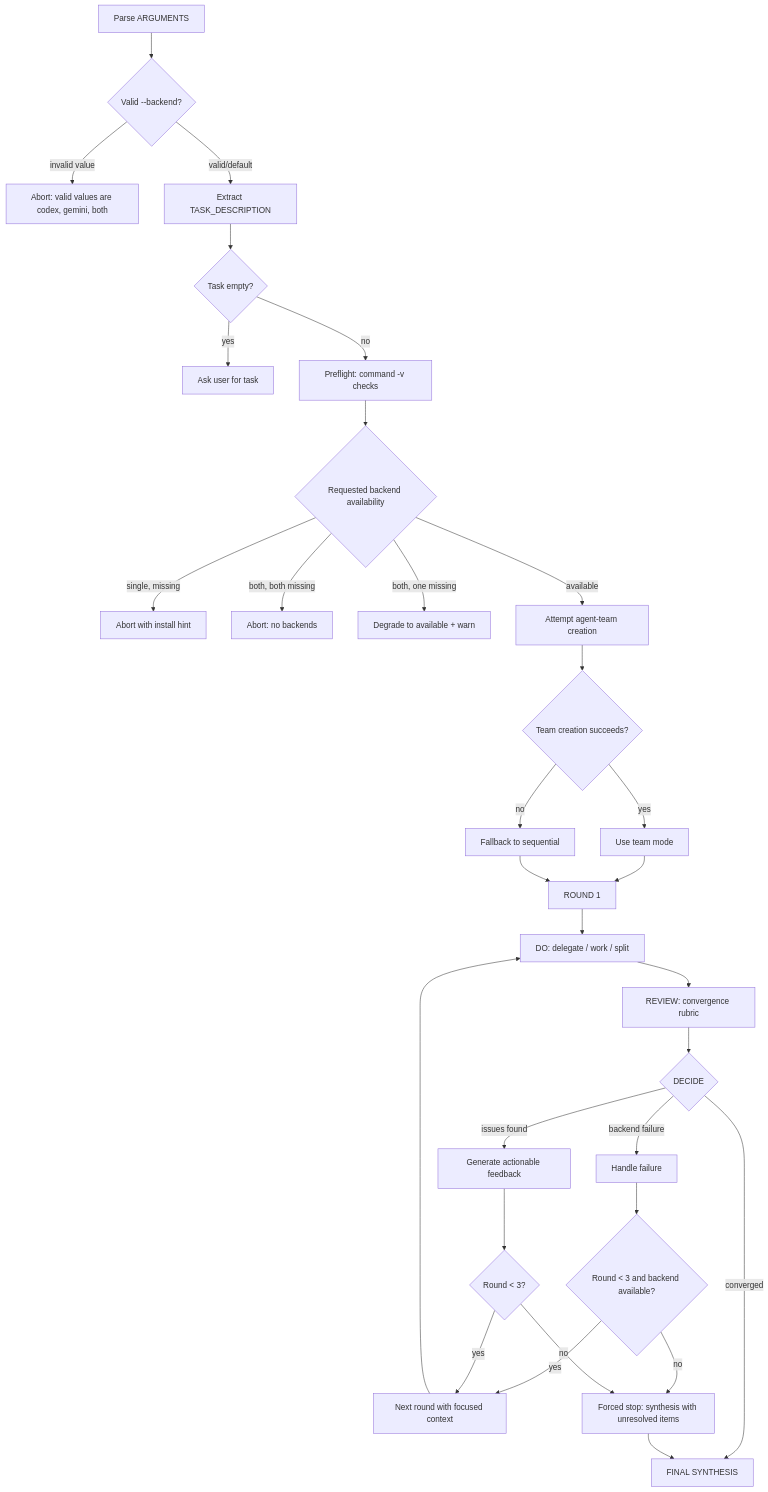
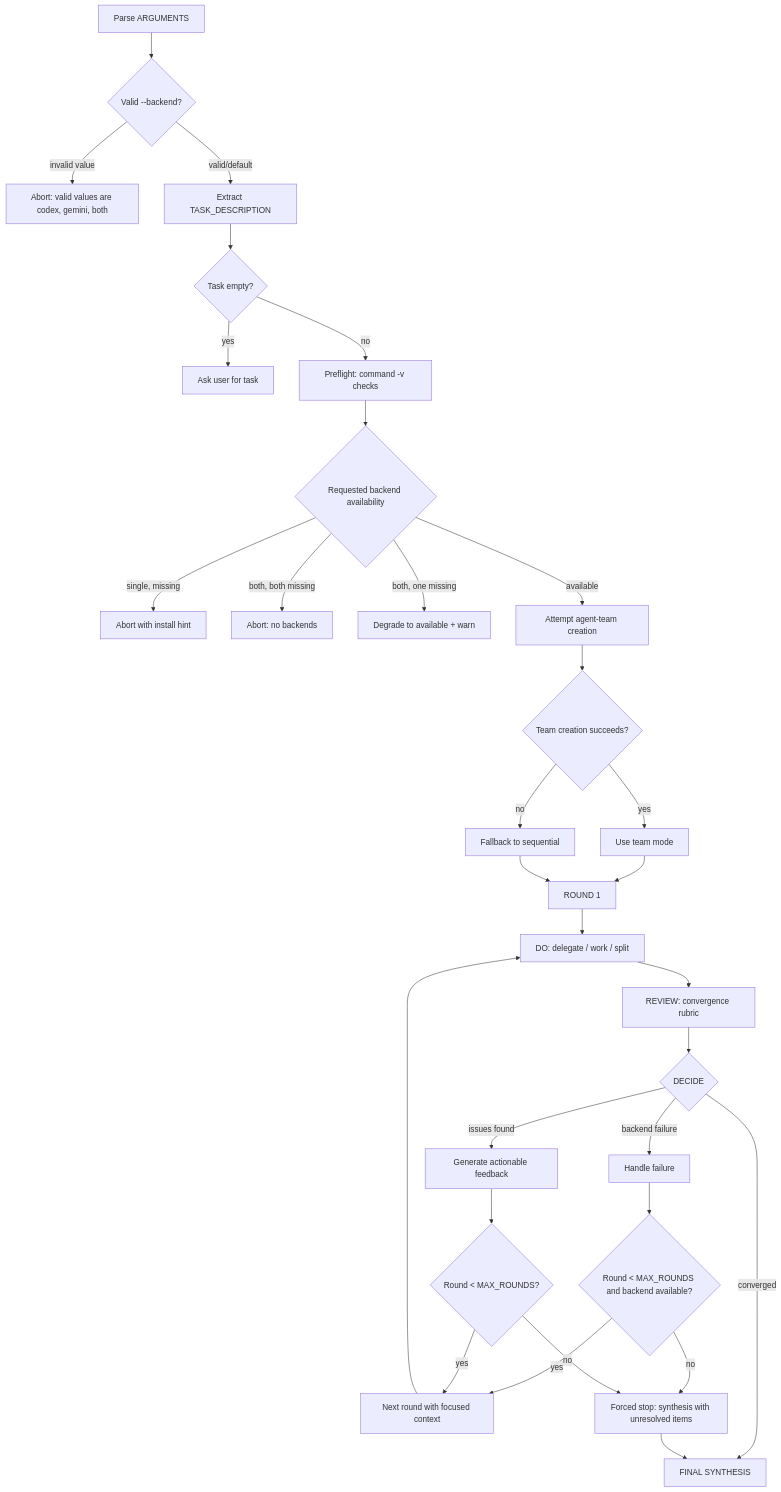
Before and after one commit to freibergergarcia/phone-a-friend: the first of 4 diagrams in architecture/03-phone-a-team-loop.md, drawn with Mermaid. The commit also changed other lines of this file and 4 other files, not shown here.

````diff
--- a/architecture/03-phone-a-team-loop.md
+++ b/architecture/03-phone-a-team-loop.md
@@ -7,38 +7,38 @@
 ```mermaid
 flowchart TD
   A["Parse ARGUMENTS"] --> B{"Valid --backend?"}
   B -- invalid value --> E1["Abort: valid values are codex, gemini, both"]
   B -- valid/default --> C["Extract TASK_DESCRIPTION"]
   C --> D{Task empty?}
   D -- yes --> E2[Ask user for task]
   D -- no --> F["Preflight: command -v checks"]
 
   F --> G{Requested backend availability}
   G -- "single, missing" --> E3[Abort with install hint]
   G -- "both, both missing" --> E4[Abort: no backends]
   G -- "both, one missing" --> H[Degrade to available + warn]
   G -- available --> I[Attempt agent-team creation]
 
   I --> J{Team creation succeeds?}
   J -- yes --> K[Use team mode]
   J -- no --> L[Fallback to sequential]
 
   K --> M["ROUND 1"]
   L --> M
 
   M --> N["DO: delegate / work / split"]
   N --> O["REVIEW: convergence rubric"]
   O --> P{DECIDE}
   P -- converged --> Z["FINAL SYNTHESIS"]
   P -- backend failure --> Q[Handle failure]
   P -- issues found --> R[Generate actionable feedback]
 
-  Q --> S{"Round < 3 and backend available?"}
-  R --> T{"Round < 3?"}
+  Q --> S{"Round < MAX_ROUNDS and backend available?"}
+  R --> T{"Round < MAX_ROUNDS?"}
   S -- yes --> U[Next round with focused context]
   S -- no --> Y["Forced stop: synthesis with unresolved items"]
   T -- yes --> U
   T -- no --> Y
   U --> N
   Y --> Z
 ```
````
